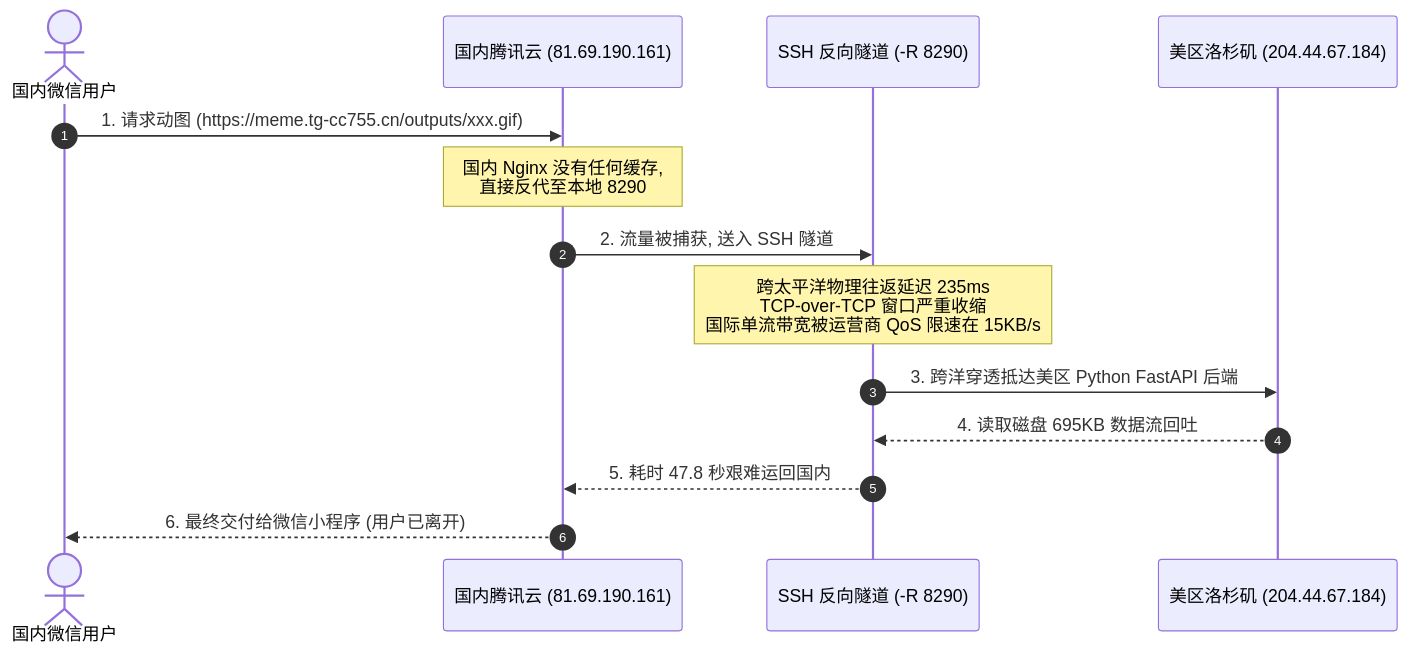
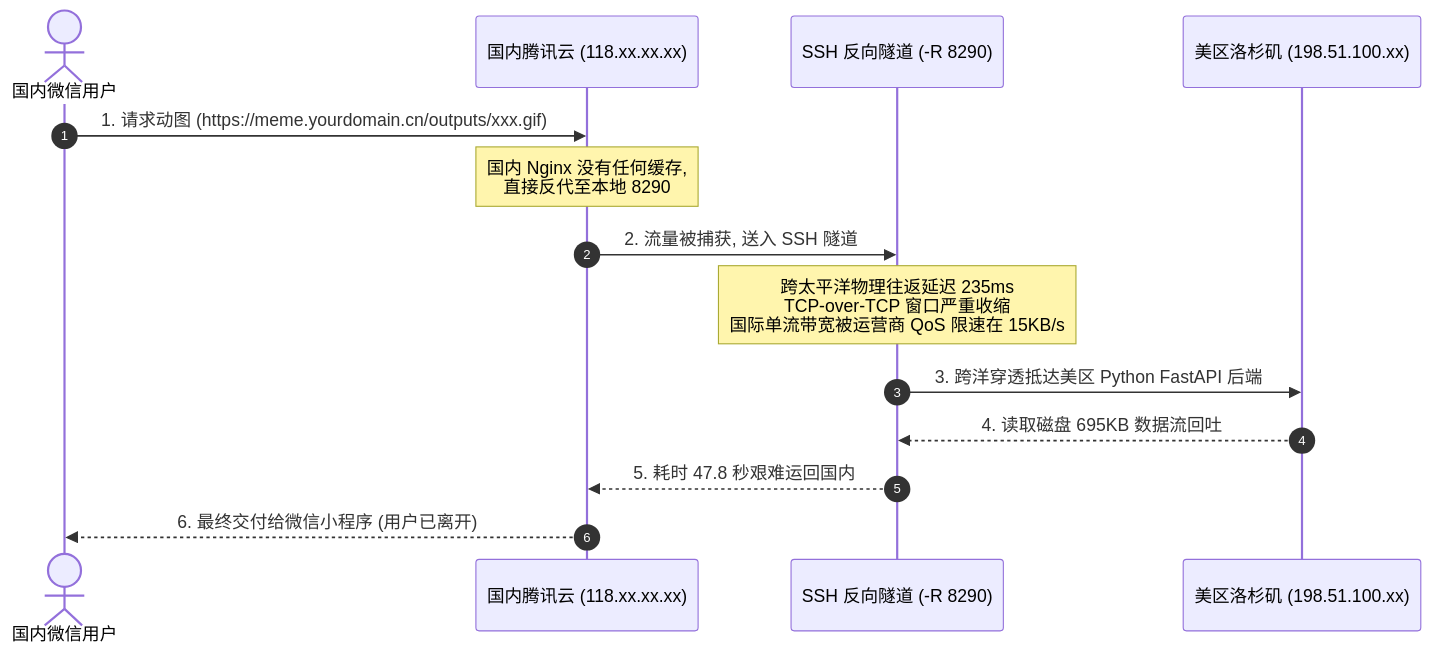
Before and after one commit to ponyletter/py310sphinx_knowledge: the second of 2 diagrams in docs/source/courses/wxapp_sphinx_from_zero/stage6_frontend_and_bugs/04_cross_border_tunnel_and_cdn_perf.md, drawn with Mermaid. The commit also changed other lines of this file and 14 other files, not shown here.

````diff
--- a/docs/source/courses/wxapp_sphinx_from_zero/stage6_frontend_and_bugs/04_cross_border_tunnel_and_cdn_perf.md
+++ b/docs/source/courses/wxapp_sphinx_from_zero/stage6_frontend_and_bugs/04_cross_border_tunnel_and_cdn_perf.md
@@ -76,17 +76,17 @@
 ```mermaid
 sequenceDiagram
     autonumber
     actor User as 国内微信用户
-    participant CN as 国内腾讯云 (81.69.190.161)
+    participant CN as 国内腾讯云 (118.xx.xx.xx)
     participant SSH as SSH 反向隧道 (-R 8290)
-    participant US as 美区洛杉矶 (204.44.67.184)
+    participant US as 美区洛杉矶 (198.51.100.xx)
 
-    User->>CN: 1. 请求动图 (https://meme.tg-cc755.cn/outputs/xxx.gif)
+    User->>CN: 1. 请求动图 (https://meme.yourdomain.cn/outputs/xxx.gif)
     Note over CN: 国内 Nginx 没有任何缓存,<br/>直接反代至本地 8290
     CN->>SSH: 2. 流量被捕获, 送入 SSH 隧道
     Note over SSH: 跨太平洋物理往返延迟 235ms<br/>TCP-over-TCP 窗口严重收缩<br/>国际单流带宽被运营商 QoS 限速在 15KB/s
     SSH->>US: 3. 跨洋穿透抵达美区 Python FastAPI 后端
     US-->>SSH: 4. 读取磁盘 695KB 数据流回吐
     SSH-->>CN: 5. 耗时 47.8 秒艰难运回国内
     CN-->>User: 6. 最终交付给微信小程序 (用户已离开)
 ```
````
